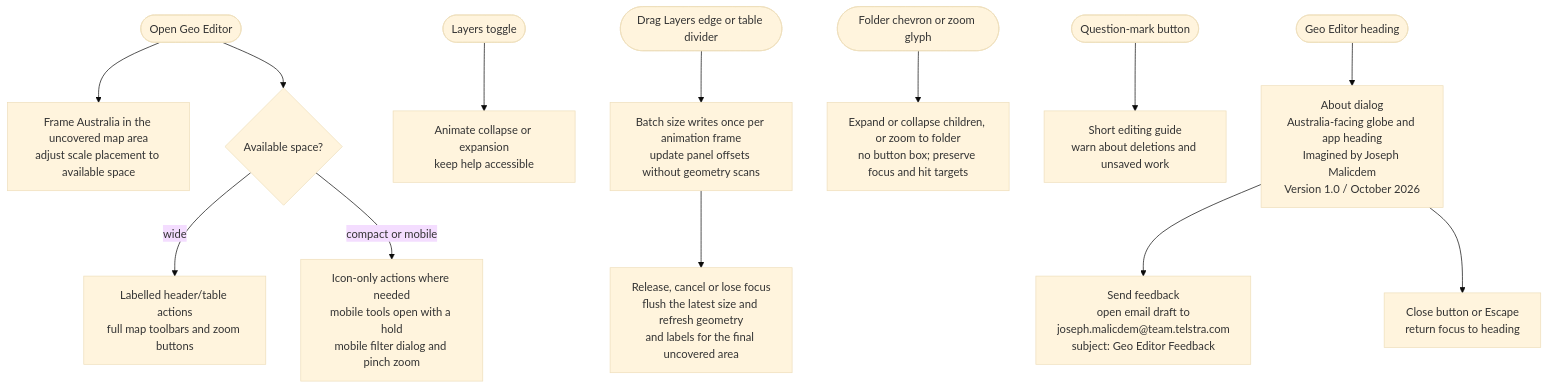
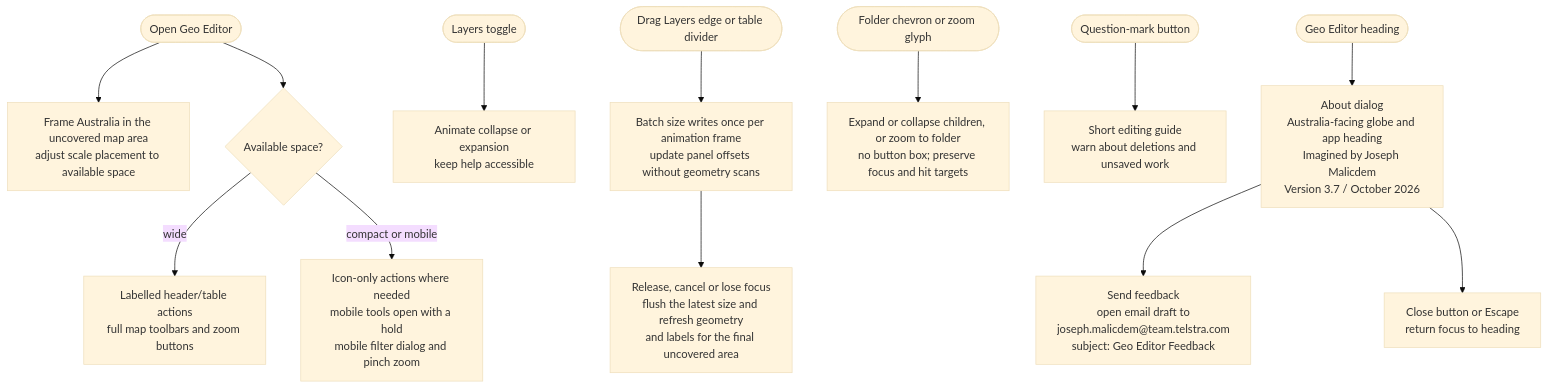
Before and after one commit to telstra-joseph/geoeditor: the tenth of 10 diagrams in FLOWCHART.md, drawn with Mermaid (base theme). The commit also changed other lines of this file and 1 other file, not shown here.

Commit message:
Align CSS and flowchart versions to 3.7

````diff
--- a/FLOWCHART.md
+++ b/FLOWCHART.md
@@ -302,15 +302,15 @@
 ```mermaid
 flowchart TD
     Start(["Open Geo Editor"]) --> Map["Frame Australia in the uncovered map area<br/>adjust scale placement to available space"]
     Start --> Layout{"Available space?"}
     Layout -->|"wide"| Wide["Labelled header/table actions<br/>full map toolbars and zoom buttons"]
     Layout -->|"compact or mobile"| Compact["Icon-only actions where needed<br/>mobile tools open with a hold<br/>mobile filter dialog and pinch zoom"]
     Sidebar(["Layers toggle"]) --> Panels["Animate collapse or expansion<br/>keep help accessible"]
     Resize(["Drag Layers edge or table divider"]) --> Frame["Batch size writes once per animation frame<br/>update panel offsets without geometry scans"]
     Frame --> Release["Release, cancel or lose focus<br/>flush the latest size and refresh geometry<br/>and labels for the final uncovered area"]
     Folder(["Folder chevron or zoom glyph"]) --> FolderAction["Expand or collapse children, or zoom to folder<br/>no button box; preserve focus and hit targets"]
     Help(["Question-mark button"]) --> Guide["Short editing guide<br/>warn about deletions and unsaved work"]
-    Title(["Geo Editor heading"]) --> About["About dialog<br/>Australia-facing globe and app heading<br/>Imagined by Joseph Malicdem<br/>Version 1.0 / October 2026"]
+    Title(["Geo Editor heading"]) --> About["About dialog<br/>Australia-facing globe and app heading<br/>Imagined by Joseph Malicdem<br/>Version 3.7 / October 2026"]
     About --> Feedback["Send feedback<br/>open email draft to<br/>joseph.malicdem@team.telstra.com<br/>subject: Geo Editor Feedback"]
     About --> Close["Close button or Escape<br/>return focus to heading"]
 ```
````
